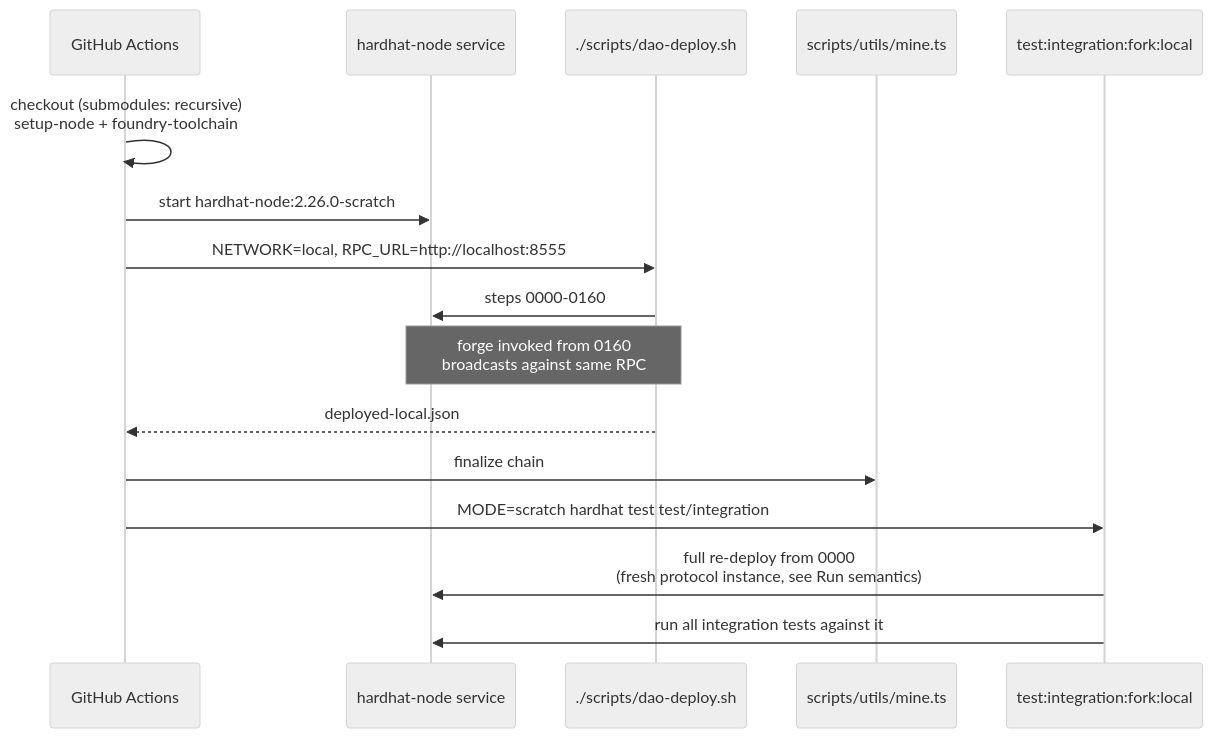
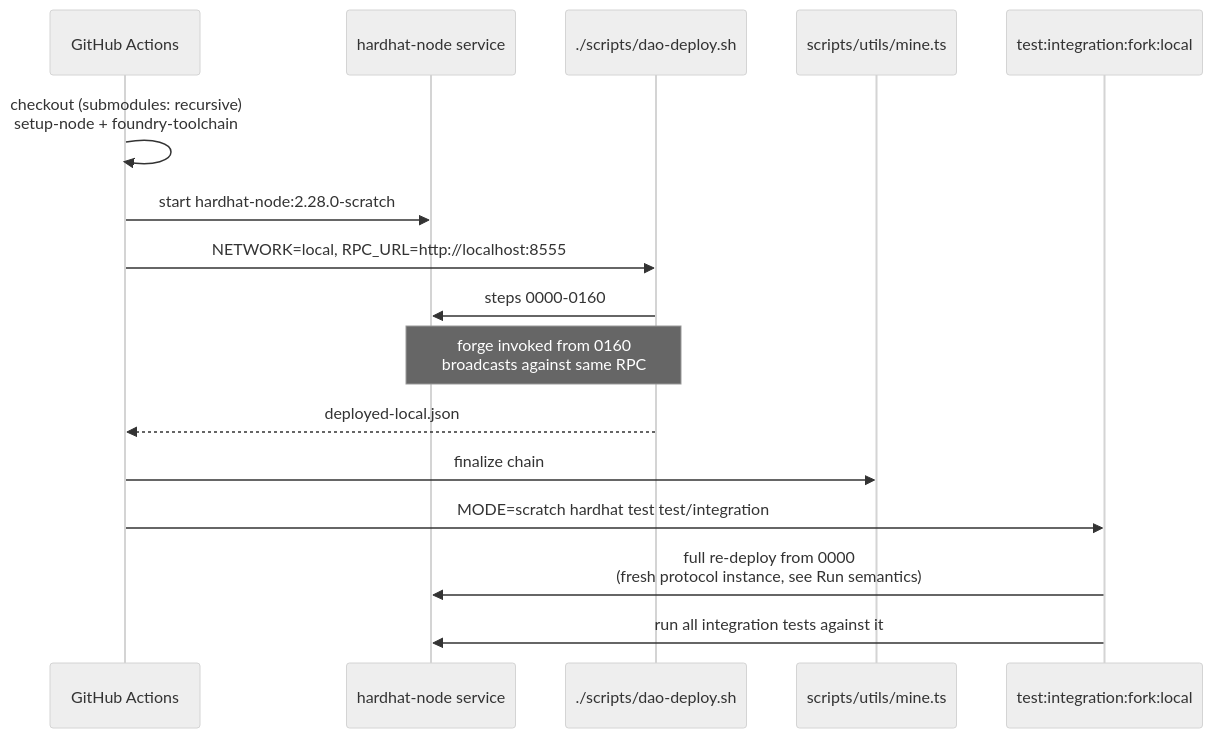
Before and after one commit to lidofinance/core: the ninth of 9 diagrams in docs/flow.md, drawn with Mermaid (neutral theme). The commit also changed other lines of this file and 5 other files, not shown here.

````diff
--- a/docs/flow.md
+++ b/docs/flow.md
@@ -420,19 +420,19 @@
 ```mermaid
 sequenceDiagram
     participant CI as GitHub Actions
     participant Node as hardhat-node service
     participant Deploy as ./scripts/dao-deploy.sh
     participant Mine as scripts/utils/mine.ts
     participant Tests as test:integration:fork:local
 
     CI->>CI: checkout (submodules: recursive)<br/>setup-node + foundry-toolchain
-    CI->>Node: start hardhat-node:2.26.0-scratch
+    CI->>Node: start hardhat-node:2.28.0-scratch
     CI->>Deploy: NETWORK=local, RPC_URL=http://localhost:8555
     Deploy->>Node: steps 0000-0160
     Note over Deploy,Node: forge invoked from 0160<br/>broadcasts against same RPC
     Deploy-->>CI: deployed-local.json
     CI->>Mine: finalize chain
     CI->>Tests: MODE=scratch hardhat test test/integration
     Tests->>Node: full re-deploy from 0000<br/>(fresh protocol instance, see Run semantics)
     Tests->>Node: run all integration tests against it
 ```
````
